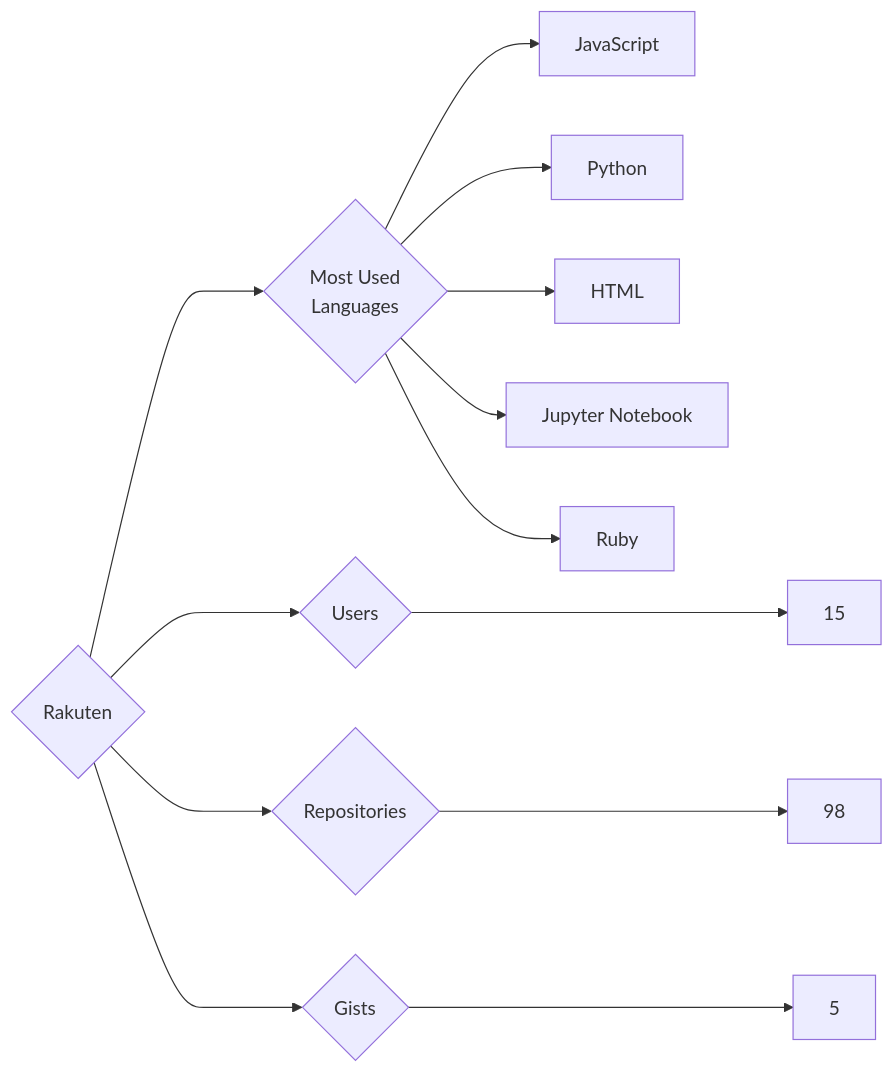
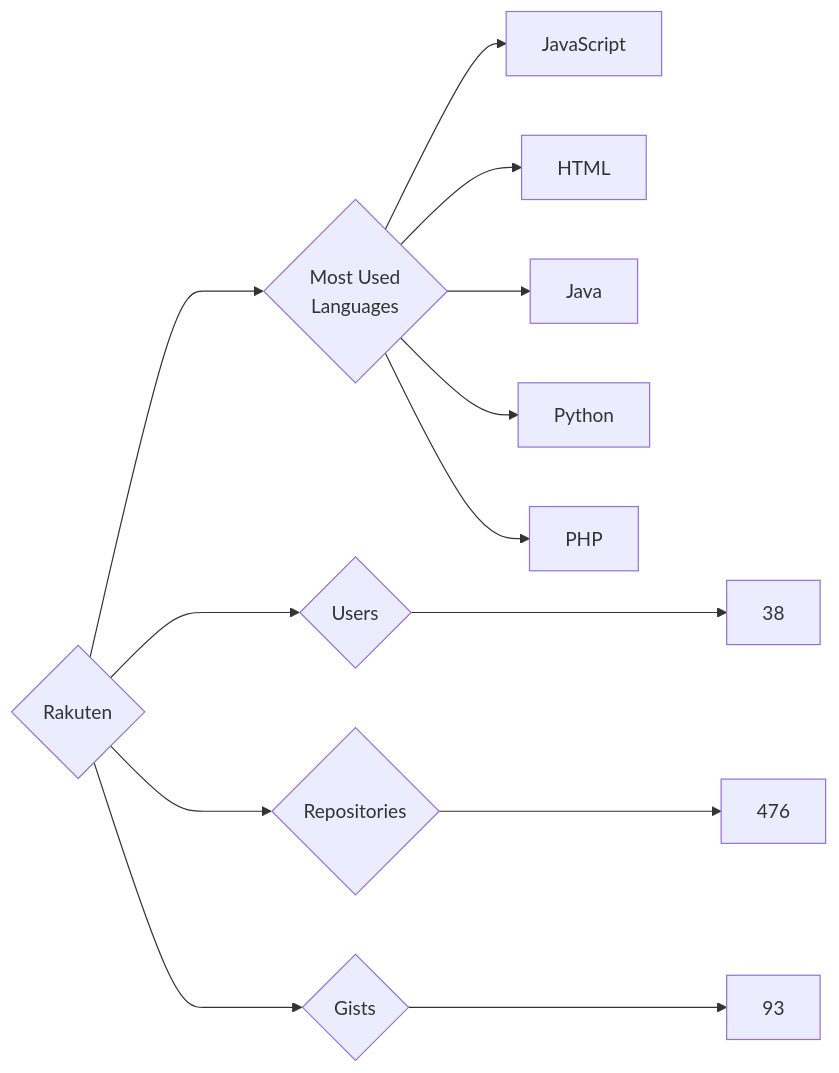
The diagram in targets/Rakuten/README.md (trickest/insiders), drawn with Mermaid before and after one commit. The commit also changed 903 other files, not shown here.

````diff
--- a/targets/Rakuten/README.md
+++ b/targets/Rakuten/README.md
@@ -3,13 +3,13 @@
 ```mermaid
 graph LR
 COMPANY_NAME{Rakuten}
-COMPANY_NAME ---> U{Users} ---> UN[15]
-COMPANY_NAME ---> R{Repositories} ---> RN[98]
-COMPANY_NAME ---> G{Gists} ---> GN[5]
+COMPANY_NAME ---> U{Users} ---> UN[38]
+COMPANY_NAME ---> R{Repositories} ---> RN[476]
+COMPANY_NAME ---> G{Gists} ---> GN[93]
 COMPANY_NAME ---> ML{Most Used<br>Languages}
 ML --> JavaScript[JavaScript]
+ML --> HTML[HTML]
+ML --> Java[Java]
 ML --> Python[Python]
-ML --> HTML[HTML]
-ML --> Jupyter_Notebook[Jupyter Notebook]
-ML --> Ruby[Ruby]
+ML --> PHP[PHP]
 ```
````
